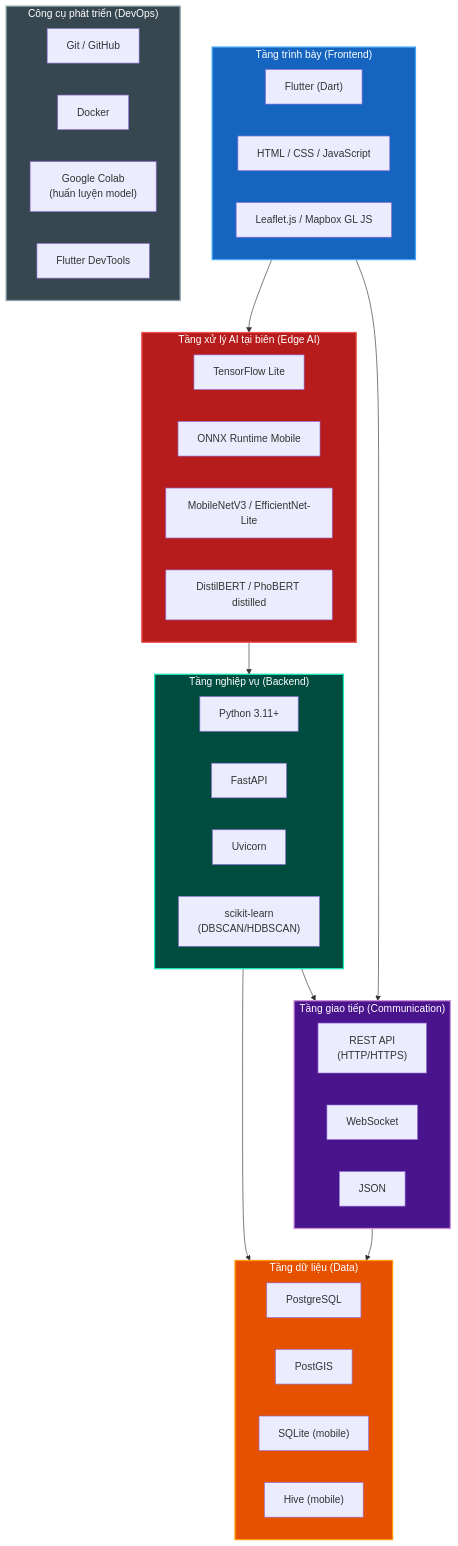
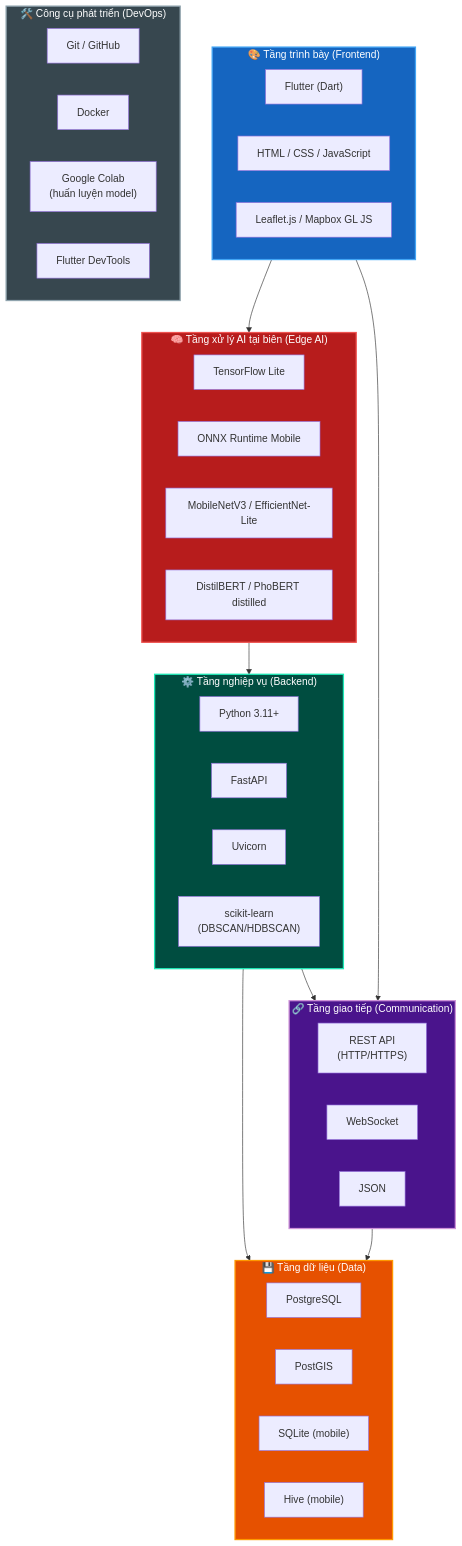
The diagram in diagrams/diagram3_tech_stack.mmd (ngthtrong/nckh2), drawn with Mermaid before and after one commit. The commit also changed 11 other files, not shown here.

First line of the commit message:
Refactor progress report and enhance documentation; add system architecture and mobile architecture diagrams

```diff
--- a/diagrams/diagram3_tech_stack.mmd
+++ b/diagrams/diagram3_tech_stack.mmd
@@ -1,60 +1,60 @@
 graph TB
-    subgraph L1["Tầng trình bày (Frontend)"]
+    subgraph L1["🎨 Tầng trình bày (Frontend)"]
         direction LR
         F1["Flutter (Dart)"]
         F2["HTML / CSS / JavaScript"]
         F3["Leaflet.js / Mapbox GL JS"]
     end
 
-    subgraph L2["Tầng xử lý AI tại biên (Edge AI)"]
+    subgraph L2["🧠 Tầng xử lý AI tại biên (Edge AI)"]
         direction LR
         A1["TensorFlow Lite"]
         A2["ONNX Runtime Mobile"]
         A3["MobileNetV3 / EfficientNet-Lite"]
         A4["DistilBERT / PhoBERT distilled"]
     end
 
-    subgraph L3["Tầng nghiệp vụ (Backend)"]
+    subgraph L3["⚙️ Tầng nghiệp vụ (Backend)"]
         direction LR
         B1["Python 3.11+"]
         B2["FastAPI"]
         B3["Uvicorn"]
         B4["scikit-learn<br/>(DBSCAN/HDBSCAN)"]
     end
 
-    subgraph L4["Tầng dữ liệu (Data)"]
+    subgraph L4["💾 Tầng dữ liệu (Data)"]
         direction LR
         D1["PostgreSQL"]
         D2["PostGIS"]
         D3["SQLite (mobile)"]
         D4["Hive (mobile)"]
     end
 
-    subgraph L5["Tầng giao tiếp (Communication)"]
+    subgraph L5["🔗 Tầng giao tiếp (Communication)"]
         direction LR
         C1["REST API<br/>(HTTP/HTTPS)"]
         C2["WebSocket"]
         C3["JSON"]
     end
 
-    subgraph L6["Công cụ phát triển (DevOps)"]
+    subgraph L6["🛠️ Công cụ phát triển (DevOps)"]
         direction LR
         T1["Git / GitHub"]
         T2["Docker"]
         T3["Google Colab<br/>(huấn luyện model)"]
         T4["Flutter DevTools"]
     end
 
     L1 --> L2
     L2 --> L3
     L3 --> L4
     L1 --> L5
     L3 --> L5
     L5 --> L4
 
     style L1 fill:#1565c0,stroke:#42a5f5,color:#fff,stroke-width:2px
     style L2 fill:#b71c1c,stroke:#ef5350,color:#fff,stroke-width:2px
     style L3 fill:#004d40,stroke:#1de9b6,color:#fff,stroke-width:2px
     style L4 fill:#e65100,stroke:#ff9800,color:#fff,stroke-width:2px
     style L5 fill:#4a148c,stroke:#ce93d8,color:#fff,stroke-width:2px
     style L6 fill:#37474f,stroke:#90a4ae,color:#fff,stroke-width:2px
```
